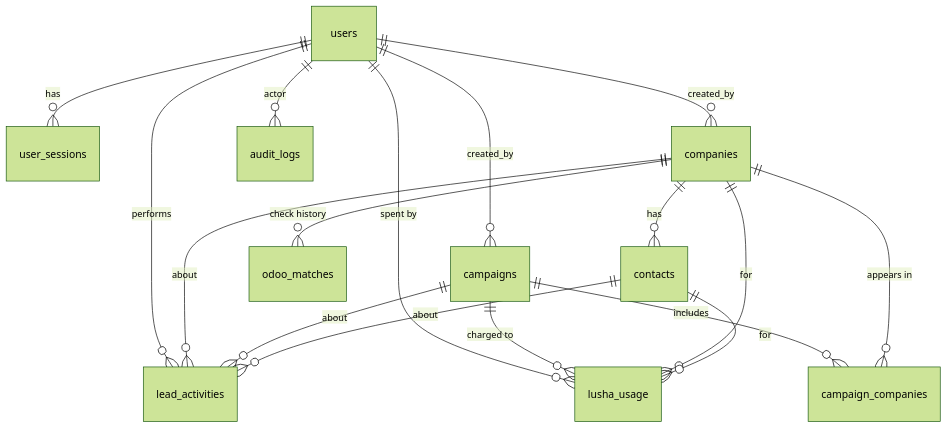
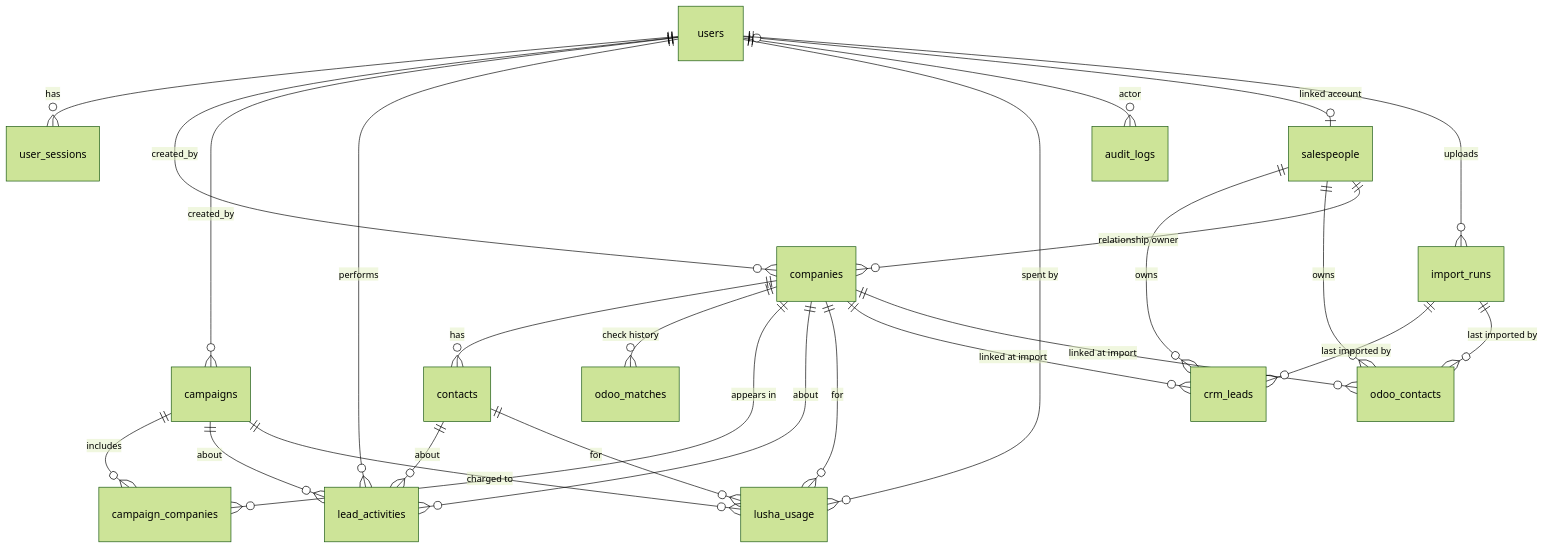
One commit to ibrahimoll/TecomsaLeadFinder changed the diagram in docs/ARCHITECTURE.md. Above: the diagram before and after it, drawn with Mermaid (forest theme). The commit also changed other lines of this file and 54 other files, not shown here.

First line of the commit message:
Redesign UI on a single design system and add Odoo import center

````diff
--- a/docs/ARCHITECTURE.md
+++ b/docs/ARCHITECTURE.md
@@ -21,19 +21,28 @@
 ```mermaid
 erDiagram
     users ||--o{ user_sessions : has
     users ||--o{ companies : "created_by"
     users ||--o{ campaigns : "created_by"
     companies ||--o{ contacts : has
     companies ||--o{ odoo_matches : "check history"
     campaigns ||--o{ campaign_companies : includes
     companies ||--o{ campaign_companies : "appears in"
     users ||--o{ lead_activities : performs
     companies ||--o{ lead_activities : about
     campaigns ||--o{ lead_activities : about
     contacts ||--o{ lead_activities : about
     users ||--o{ lusha_usage : "spent by"
     campaigns ||--o{ lusha_usage : "charged to"
     companies ||--o{ lusha_usage : "for"
     contacts ||--o{ lusha_usage : "for"
     users ||--o{ audit_logs : "actor"
+    users |o--o| salespeople : "linked account"
+    salespeople ||--o{ crm_leads : owns
+    salespeople ||--o{ odoo_contacts : owns
+    salespeople ||--o{ companies : "relationship owner"
+    companies ||--o{ crm_leads : "linked at import"
+    companies ||--o{ odoo_contacts : "linked at import"
+    import_runs ||--o{ crm_leads : "last imported by"
+    import_runs ||--o{ odoo_contacts : "last imported by"
+    users ||--o{ import_runs : uploads
 ```
````
